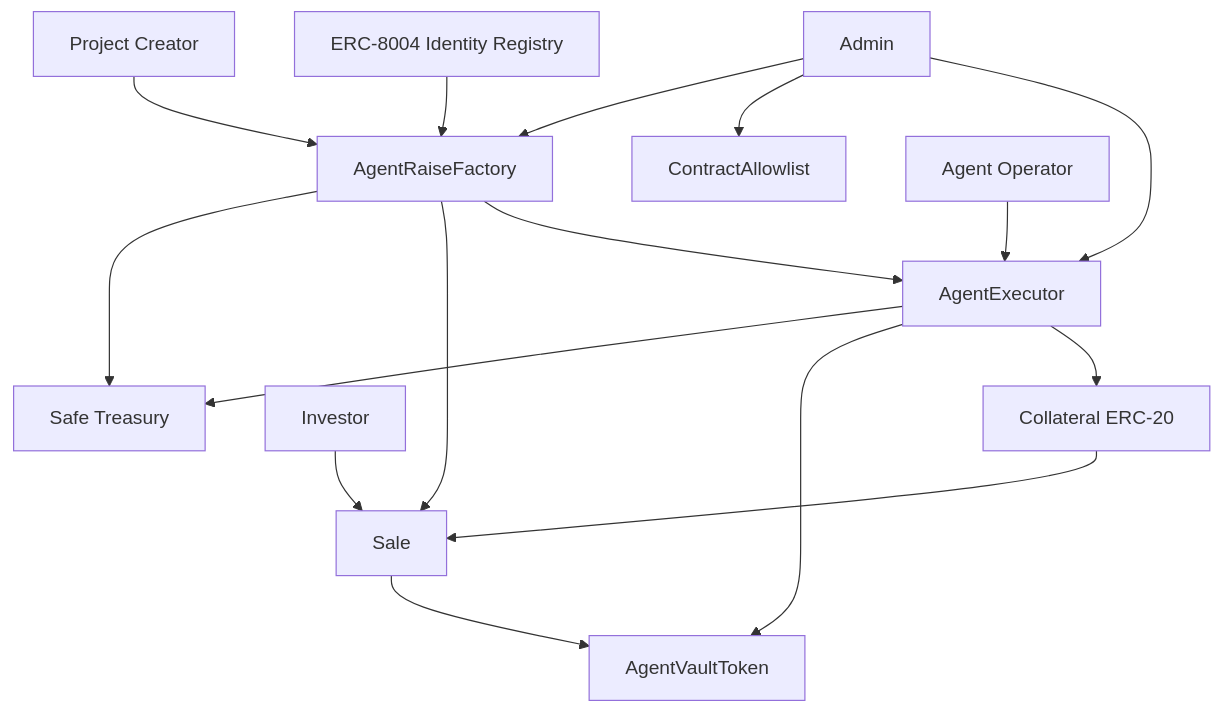
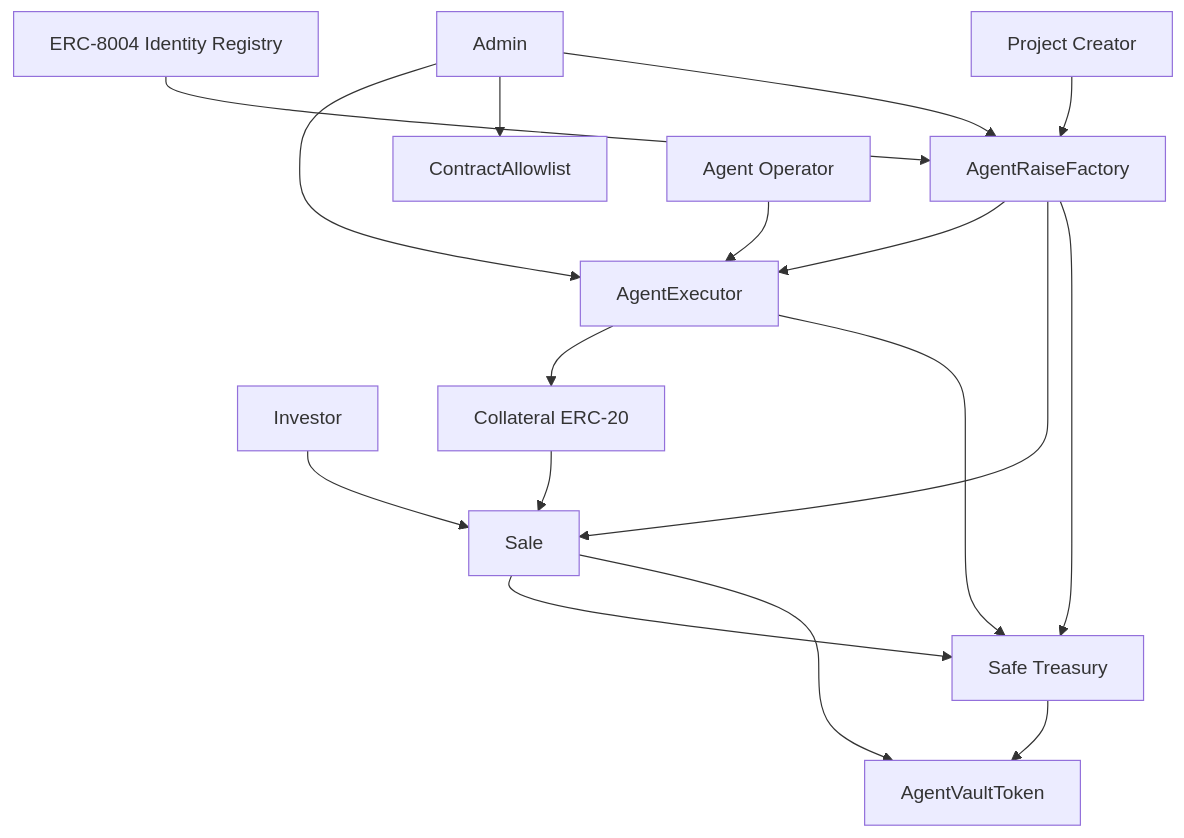
The diagram in README.md (SirioApp/backed), drawn with Mermaid before and after one commit. The commit also changed other lines of this file and 7 other files, not shown here.

````diff
--- a/README.md
+++ b/README.md
@@ -49,21 +50,22 @@
 ```mermaid
 flowchart TD
     Creator["Project Creator"] --> Factory["AgentRaiseFactory"]
     Admin["Admin"] --> Factory
     Admin --> Allowlist["ContractAllowlist"]
     Admin --> Executor["AgentExecutor"]
 
     Identity["ERC-8004 Identity Registry"] --> Factory
     Factory --> Safe["Safe Treasury"]
     Factory --> Sale["Sale"]
     Factory --> Executor
 
     Investor["Investor"] --> Sale
     Collateral["Collateral ERC-20"] --> Sale
-    Sale --> Vault["AgentVaultToken"]
+    Sale --> Shares["AgentVaultToken"]
+    Sale --> Safe
 
     Operator["Agent Operator"] --> Executor
     Executor --> Safe
-    Executor --> Vault
     Executor --> Collateral
+    Safe --> Shares
 ```
````
